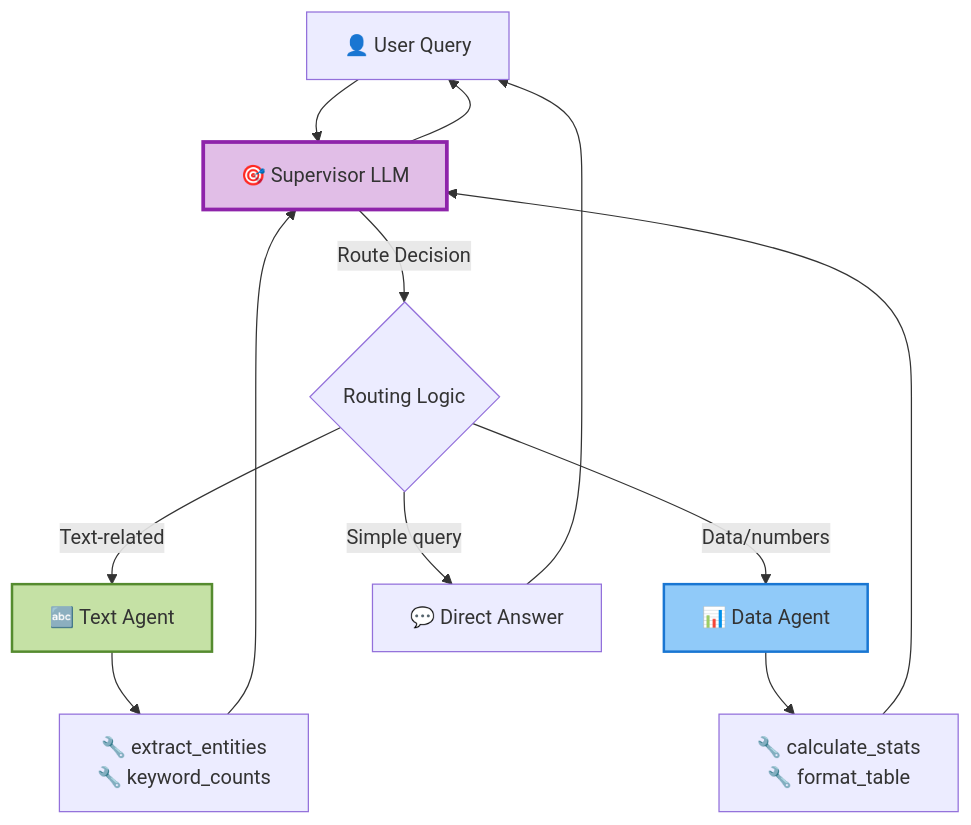
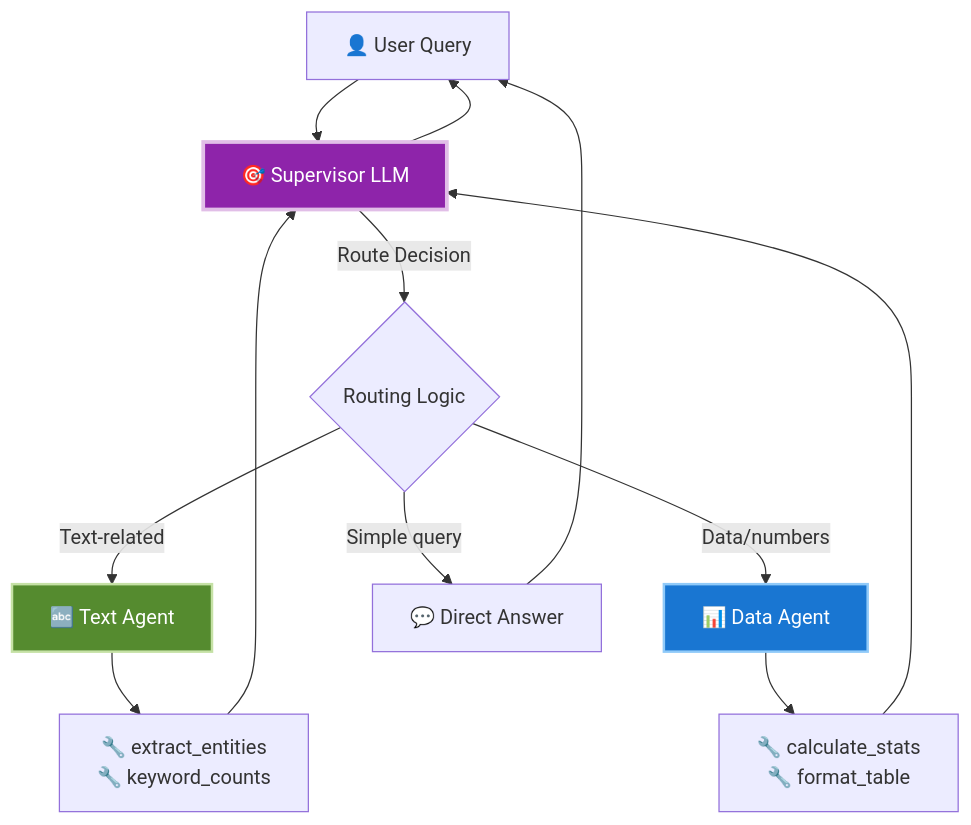
Before and after one commit to joaomede/langgraph-supervised-quickstart: the diagram in README.md, drawn with Mermaid.

Commit message:
fix: improve Mermaid diagram contrast for dark mode readability

````diff
--- a/README.md
+++ b/README.md
@@ -24,22 +24,22 @@
 ```mermaid
 graph TD
     User[👤 User Query] --> Supervisor[🎯 Supervisor LLM]
     
     Supervisor -->|Route Decision| Router{Routing Logic}
     
     Router -->|Text-related| TextAgent[🔤 Text Agent]
     Router -->|Data/numbers| DataAgent[📊 Data Agent]
     Router -->|Simple query| DirectResponse[💬 Direct Answer]
     
     TextAgent --> TextTools["🔧 extract_entities<br/>🔧 keyword_counts"]
     DataAgent --> DataTools["🔧 calculate_stats<br/>🔧 format_table"]
     
     TextTools --> Supervisor
     DataTools --> Supervisor
     DirectResponse --> User
     Supervisor --> User
     
-    style Supervisor fill:#e1bee7,stroke:#8e24aa,stroke-width:3px
-    style TextAgent fill:#c5e1a5,stroke:#558b2f,stroke-width:2px
-    style DataAgent fill:#90caf9,stroke:#1976d2,stroke-width:2px
+    style Supervisor fill:#8e24aa,stroke:#e1bee7,stroke-width:3px,color:#fff
+    style TextAgent fill:#558b2f,stroke:#c5e1a5,stroke-width:2px,color:#fff
+    style DataAgent fill:#1976d2,stroke:#90caf9,stroke-width:2px,color:#fff
 ```
````
